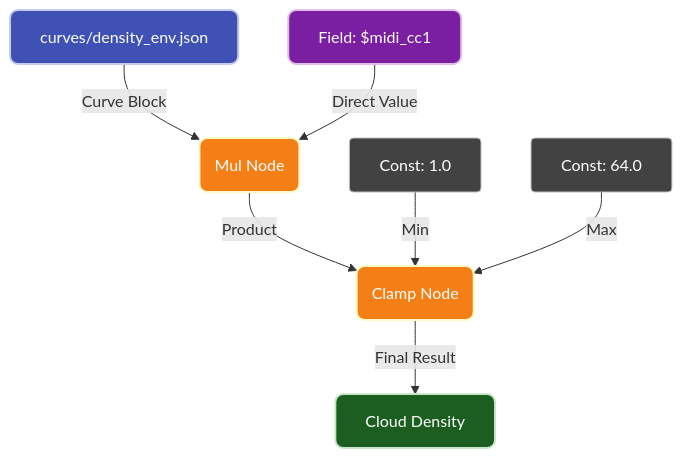
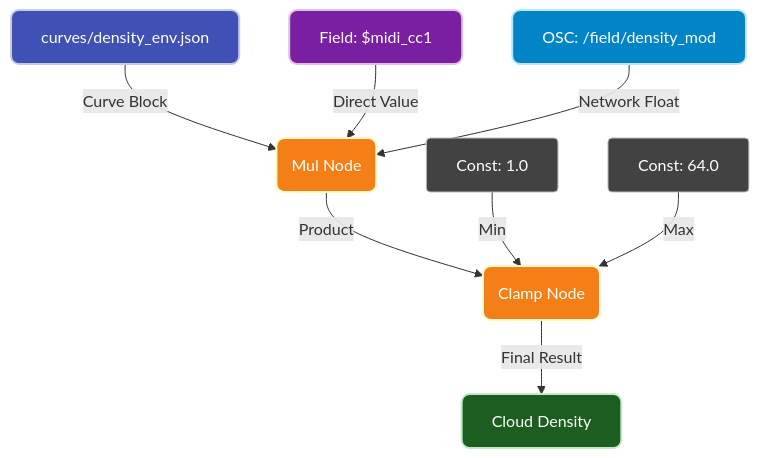
Before and after one commit to TheColby/Particelle: the third of 3 diagrams in README.md, drawn with Mermaid.

Commit message:
docs: add OSC telemetry to automation system diagram

````diff
--- a/README.md
+++ b/README.md
@@ -988,15 +988,17 @@
 ```mermaid
 graph TD
     classDef curve fill:#3f51b5,stroke:#c5cae9,stroke-width:2px,color:#fff,rx:8,ry:8
     classDef control fill:#7b1fa2,stroke:#e1bee7,stroke-width:2px,color:#fff,rx:8,ry:8
+    classDef osc fill:#0284c7,stroke:#bae6fd,stroke-width:2px,color:#fff,rx:8,ry:8
     classDef const fill:#424242,stroke:#bdbdbd,stroke-width:1px,color:#fff,rx:4,ry:4
     classDef op fill:#f57f17,stroke:#fff9c4,stroke-width:2px,color:#fff,rx:8,ry:8
     classDef output fill:#1b5e20,stroke:#c8e6c9,stroke-width:2px,color:#fff,rx:8,ry:8
 
     A[curves/density_env.json]:::curve -->|Curve Block| B(Mul Node):::op
     C[Field: $midi_cc1]:::control -->|Direct Value| B
+    H[OSC: /field/density_mod]:::osc -->|Network Float| B
     B -->|Product| D(Clamp Node):::op
     E[Const: 1.0]:::const -->|Min| D
     F[Const: 64.0]:::const -->|Max| D
     D -->|Final Result| G[Cloud Density]:::output
 ```
````
